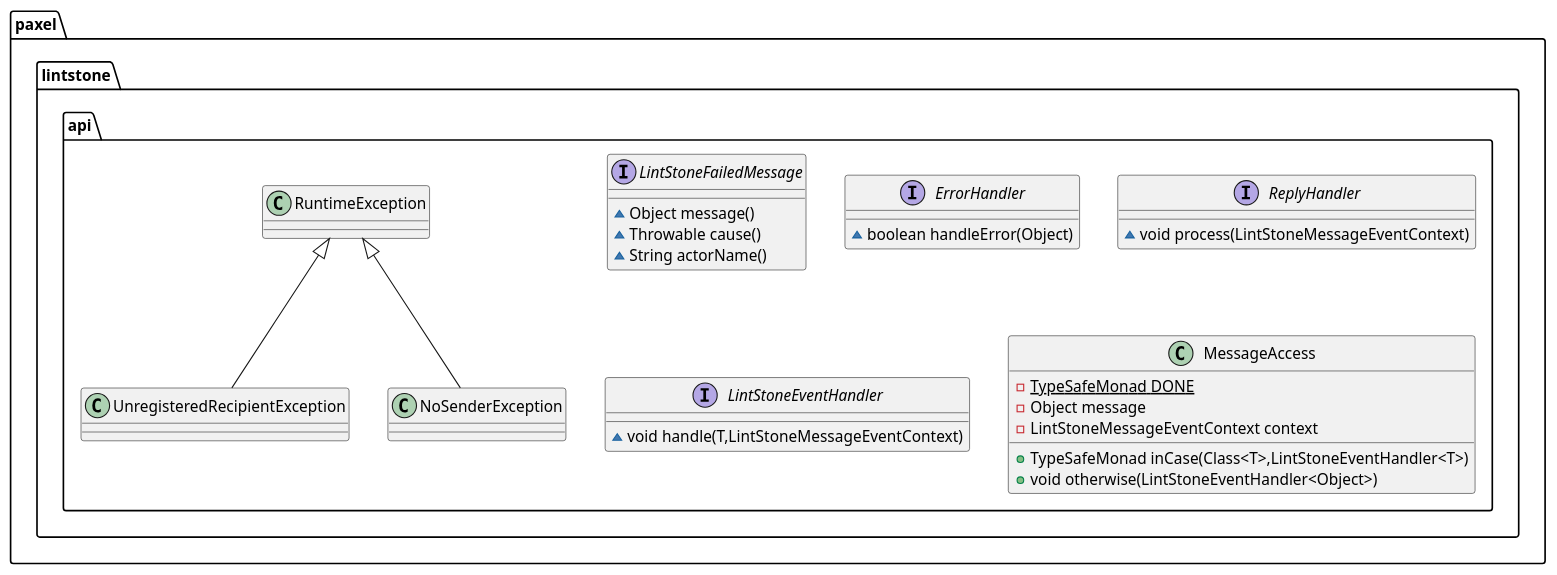
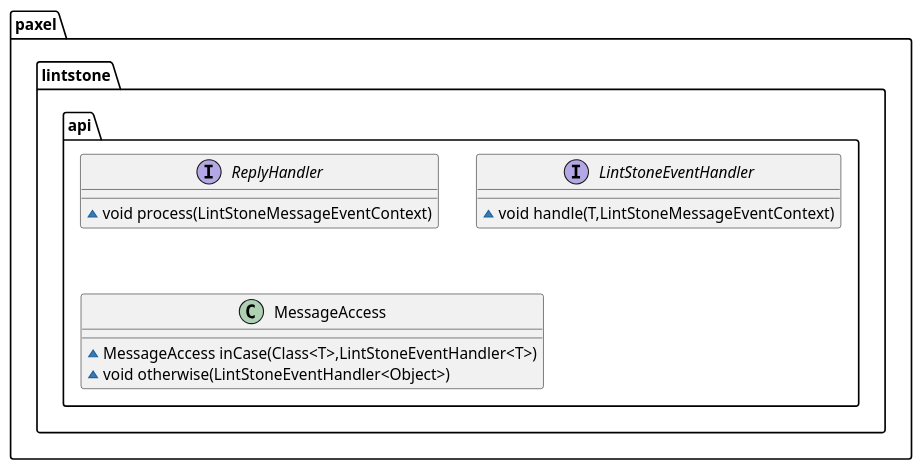
One commit to paxel/lintstone changed the fifth of 5 diagrams in src/main/asciidoc/description.adoc. Above: the diagram before and after it, drawn with PlantUML. The commit also changed other lines of this file and 1 other file, not shown here.

```diff
--- a/src/main/asciidoc/description.adoc
+++ b/src/main/asciidoc/description.adoc
@@ -156,33 +181,13 @@
 [plantuml]
 ----
-interface paxel.lintstone.api.LintStoneFailedMessage {
-~ Object message()
-~ Throwable cause()
-~ String actorName()
-}
-class paxel.lintstone.api.UnregisteredRecipientException {
-}
-class paxel.lintstone.api.NoSenderException {
-}
-
-interface paxel.lintstone.api.ErrorHandler {
-~ boolean handleError(Object)
-}
 interface paxel.lintstone.api.ReplyHandler {
 ~ void process(LintStoneMessageEventContext)
 }
-
 interface paxel.lintstone.api.LintStoneEventHandler {
 ~ void handle(T,LintStoneMessageEventContext)
 }
 class paxel.lintstone.api.MessageAccess {
-- {static} TypeSafeMonad DONE
-- Object message
-- LintStoneMessageEventContext context
-+ TypeSafeMonad inCase(Class<T>,LintStoneEventHandler<T>)
-+ void otherwise(LintStoneEventHandler<Object>)
+~ MessageAccess inCase(Class<T>,LintStoneEventHandler<T>)
+~ void otherwise(LintStoneEventHandler<Object>)
 }
-
-paxel.lintstone.api.RuntimeException <|-- paxel.lintstone.api.UnregisteredRecipientException
-paxel.lintstone.api.RuntimeException <|-- paxel.lintstone.api.NoSenderException
 ----
```
